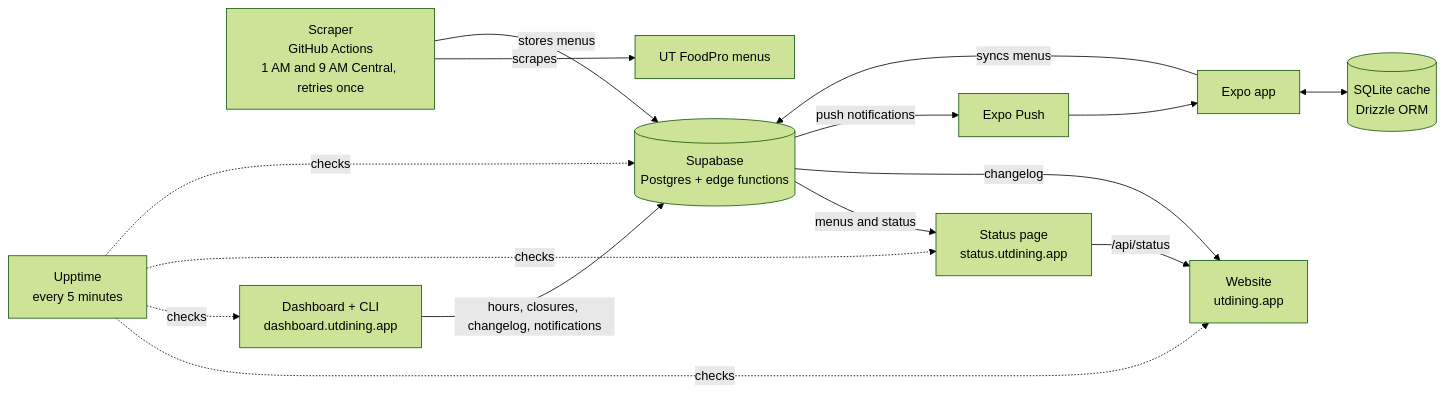
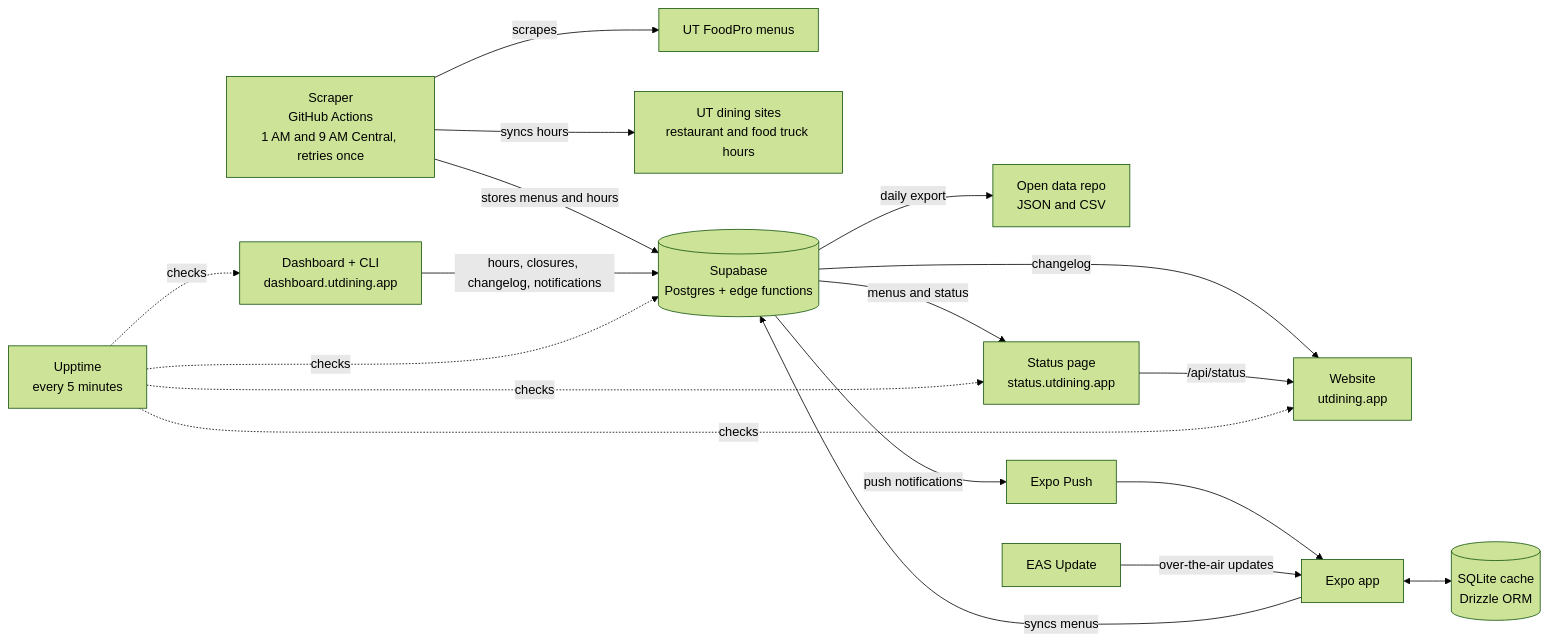
One commit to EthanL06/UT-Dining changed the diagram in README.md. Above: the diagram before and after it, drawn with Mermaid (forest theme). The commit also changed other lines of this file, not shown here.

````diff
--- a/README.md
+++ b/README.md
@@ -78,28 +105,34 @@
 ```mermaid
 flowchart LR
     FoodPro["UT FoodPro menus"]
+    UTSites["UT dining sites<br/>restaurant and food truck hours"]
     Scraper["Scraper<br/>GitHub Actions<br/>1 AM and 9 AM Central, retries once"]
     Supabase[("Supabase<br/>Postgres + edge functions")]
+    OpenData["Open data repo<br/>JSON and CSV"]
     Dashboard["Dashboard + CLI<br/>dashboard.utdining.app"]
     Status["Status page<br/>status.utdining.app"]
     Website["Website<br/>utdining.app"]
     App["Expo app"]
     SQLite[("SQLite cache<br/>Drizzle ORM")]
     ExpoPush["Expo Push"]
+    EAS["EAS Update"]
     Upptime["Upptime<br/>every 5 minutes"]
 
     Scraper -- scrapes --> FoodPro
-    Scraper -- stores menus --> Supabase
+    Scraper -- syncs hours --> UTSites
+    Scraper -- stores menus and hours --> Supabase
+    Supabase -- daily export --> OpenData
     Dashboard -- hours, closures, changelog, notifications --> Supabase
     Supabase -- menus and status --> Status
     Supabase -- changelog --> Website
     Status -- /api/status --> Website
     App -- syncs menus --> Supabase
     App <--> SQLite
     Supabase -- push notifications --> ExpoPush
     ExpoPush --> App
+    EAS -- over-the-air updates --> App
     Upptime -. checks .-> Website
     Upptime -. checks .-> Dashboard
     Upptime -. checks .-> Status
     Upptime -. checks .-> Supabase
 ```
````
